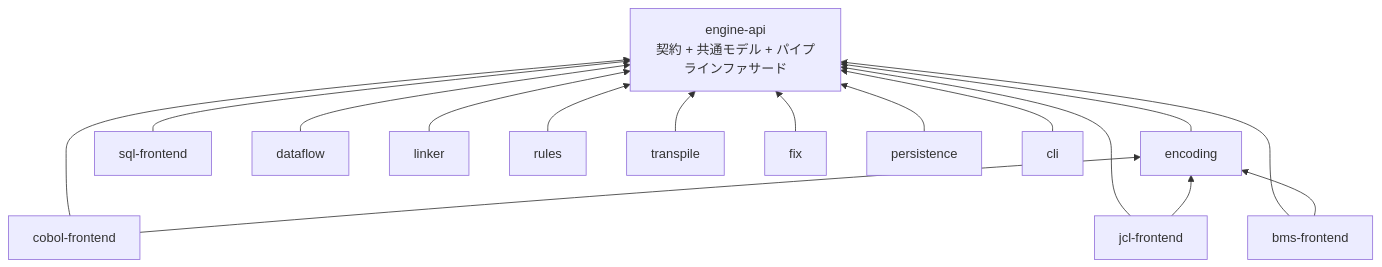
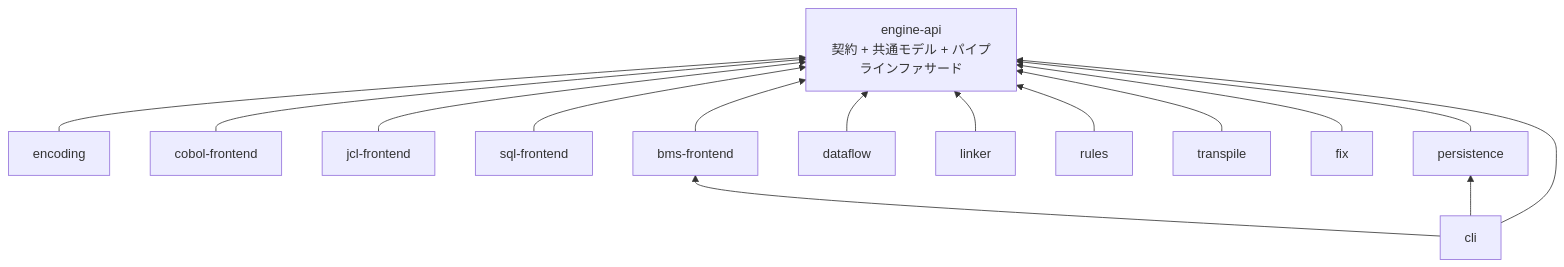
Before and after one commit to tomkd555/COBOL_Insight: the second of 5 diagrams in docs/04_アーキテクチャ設計.md, drawn with Mermaid. The commit also changed other lines of this file and 309 other files, not shown here.

First line of the commit message:
M1 基盤を実装(マルチモジュール・パーサー統合・encoding・SQLite・CLI scan・配布骨格)

````diff
--- a/docs/04_アーキテクチャ設計.md
+++ b/docs/04_アーキテクチャ設計.md
@@ -73,19 +73,18 @@
 ```mermaid
 graph BT
   api["engine-api<br/>契約 + 共通モデル + パイプラインファサード"]
   encoding --> api
   cobolf["cobol-frontend"] --> api
   jclf["jcl-frontend"] --> api
   sqlf["sql-frontend"] --> api
   bmsf["bms-frontend"] --> api
   dataflow --> api
   linker --> api
   rules --> api
   transpile --> api
   fix --> api
   persistence --> api
   cli --> api
-  cobolf --> encoding
-  jclf --> encoding
-  bmsf --> encoding
+  cli --> persistence
+  cli --> bmsf
 ```
````
